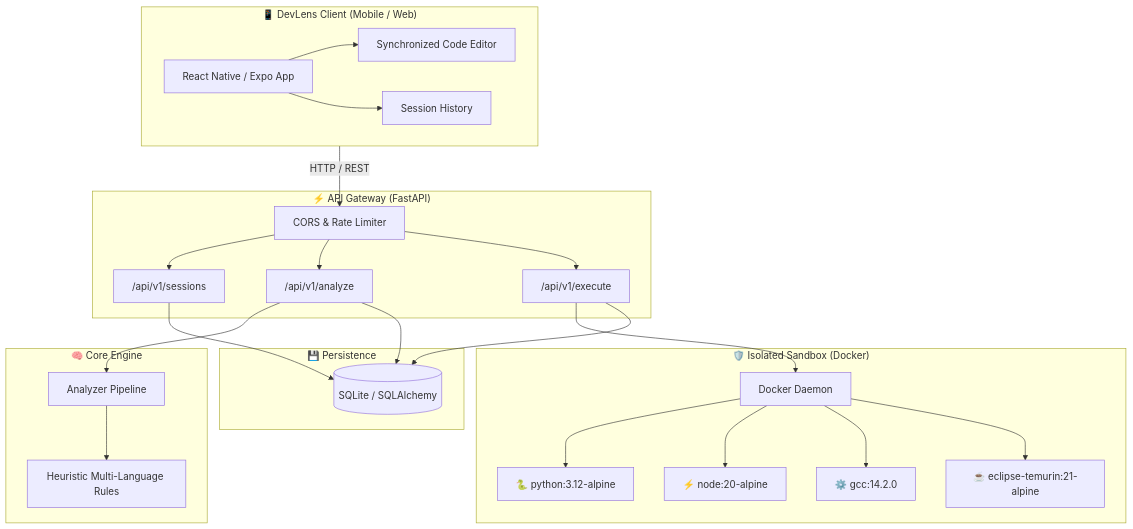
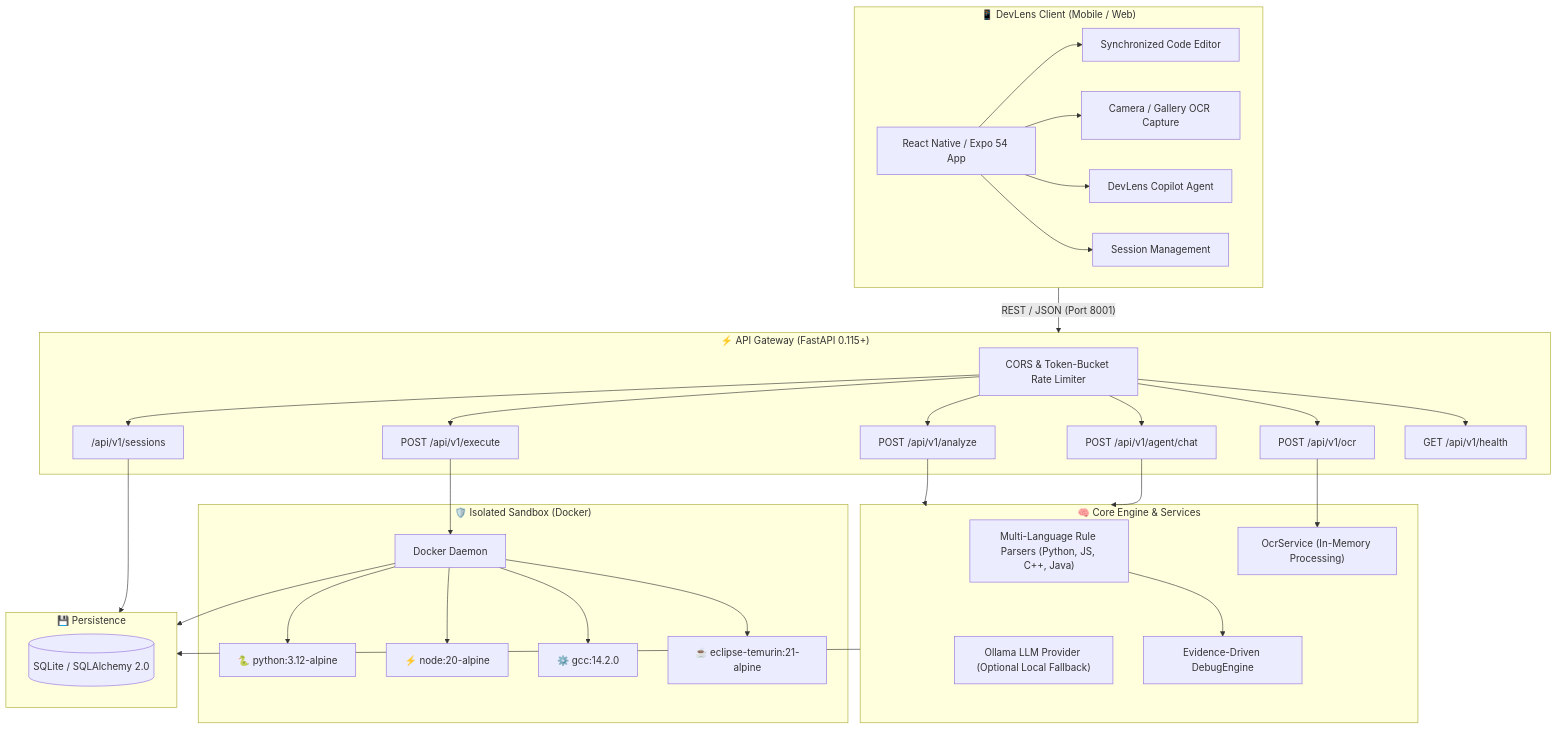
The diagram in README.md (Bit-manipulators/DevLense), drawn with Mermaid before and after one commit. The commit also changed other lines of this file and 7 other files, not shown here.

````diff
--- a/README.md
+++ b/README.md
@@ -59,49 +69,61 @@
 ```mermaid
 flowchart TD
     subgraph Client["📱 DevLens Client (Mobile / Web)"]
-        UI["React Native / Expo App"]
+        UI["React Native / Expo 54 App"]
         Editor["Synchronized Code Editor"]
-        History["Session History"]
+        Camera["Camera / Gallery OCR Capture"]
+        AgentUI["DevLens Copilot Agent"]
+        History["Session Management"]
         UI --> Editor
+        UI --> Camera
+        UI --> AgentUI
         UI --> History
     end
 
-    subgraph Gateway["⚡ API Gateway (FastAPI)"]
-        Router["CORS & Rate Limiter"]
+    subgraph Gateway["⚡ API Gateway (FastAPI 0.115+)"]
+        Router["CORS & Token-Bucket Rate Limiter"]
+        AnalyzeAPI["POST /api/v1/analyze"]
+        ExecuteAPI["POST /api/v1/execute"]
+        OcrAPI["POST /api/v1/ocr"]
+        AgentAPI["POST /api/v1/agent/chat"]
         SessionsAPI["/api/v1/sessions"]
-        AnalyzeAPI["/api/v1/analyze"]
-        ExecuteAPI["/api/v1/execute"]
-        Router --> SessionsAPI
+        HealthAPI["GET /api/v1/health"]
         Router --> AnalyzeAPI
         Router --> ExecuteAPI
+        Router --> OcrAPI
+        Router --> AgentAPI
+        Router --> SessionsAPI
+        Router --> HealthAPI
     end
 
-    subgraph Core["🧠 Core Engine"]
-        Engine["Analyzer Pipeline"]
-        Rules["Heuristic Multi-Language Rules"]
-        Engine --> Rules
+    subgraph Core["🧠 Core Engine & Services"]
+        Engine["Multi-Language Rule Parsers (Python, JS, C++, Java)"]
+        OllamaEngine["Ollama LLM Provider (Optional Local Fallback)"]
+        OCR["OcrService (In-Memory Processing)"]
+        DebugPipeline["Evidence-Driven DebugEngine"]
+        Engine --> DebugPipeline
     end
 
     subgraph Sandbox["🛡️ Isolated Sandbox (Docker)"]
         DockerDaemon["Docker Daemon"]
         PyBox["🐍 python:3.12-alpine"]
         NodeBox["⚡ node:20-alpine"]
         CppBox["⚙️ gcc:14.2.0"]
         JavaBox["☕ eclipse-temurin:21-alpine"]
         DockerDaemon --> PyBox
         DockerDaemon --> NodeBox
         DockerDaemon --> CppBox
         DockerDaemon --> JavaBox
     end
 
     subgraph DB["💾 Persistence"]
-        SQLite[(SQLite / SQLAlchemy)]
+        SQLite[(SQLite / SQLAlchemy 2.0)]
     end
 
-    Client -- "HTTP / REST" --> Router
-    AnalyzeAPI --> Engine
-    AnalyzeAPI --> SQLite
-    SessionsAPI --> SQLite
-    ExecuteAPI --> DockerDaemon
-    ExecuteAPI --> SQLite
+    Client -- "REST / JSON (Port 8001)" --> Gateway
+    AnalyzeAPI --> Core --> DB
+    ExecuteAPI --> DockerDaemon --> DB
+    OcrAPI --> OCR
+    AgentAPI --> Core
+    SessionsAPI --> DB
 ```
````
